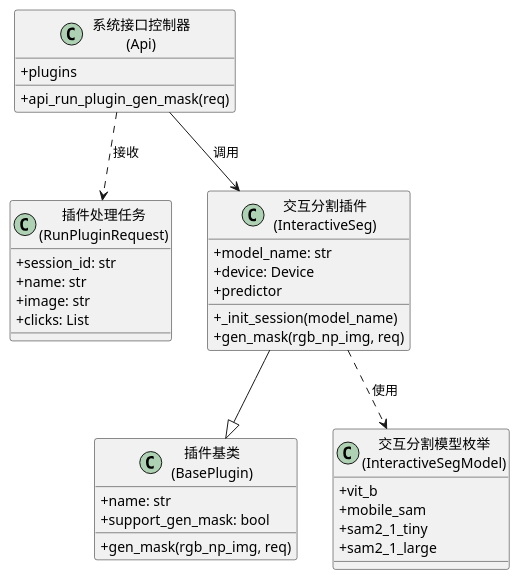
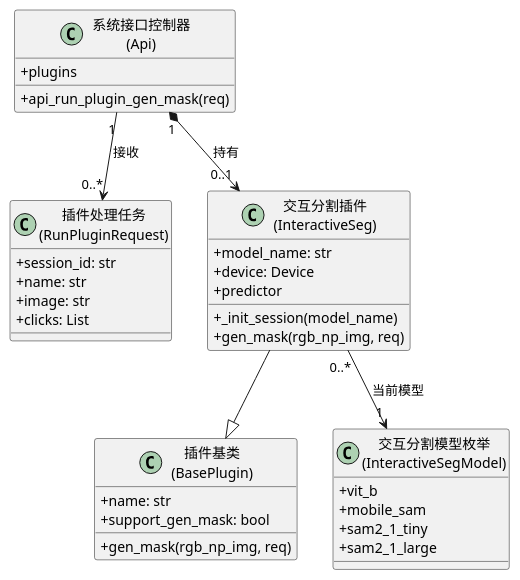
One commit to LyferLu/Artie changed diagram 18 of 26 in doc/paper.md. Above: the diagram before and after it, drawn with PlantUML. The commit also changed other lines of this file, not shown here.

````diff
--- a/doc/paper.md
+++ b/doc/paper.md
@@ -1342,43 +1343,43 @@
 ```plantuml
 @startuml
 skinparam classAttributeIconSize 0
 
 class "系统接口控制器\n(Api)" as Api {
   +plugins
   +api_run_plugin_gen_mask(req)
 }
 
 class "插件处理任务\n(RunPluginRequest)" as RunPluginRequest {
   +session_id: str
   +name: str
   +image: str
   +clicks: List
 }
 
 class "插件基类\n(BasePlugin)" as BasePlugin {
   +name: str
   +support_gen_mask: bool
   +gen_mask(rgb_np_img, req)
 }
 
 class "交互分割插件\n(InteractiveSeg)" as InteractiveSeg {
   +model_name: str
   +device: Device
   +predictor
   +_init_session(model_name)
   +gen_mask(rgb_np_img, req)
 }
 
 class "交互分割模型枚举\n(InteractiveSegModel)" as InteractiveSegModel {
   +vit_b
   +mobile_sam
   +sam2_1_tiny
   +sam2_1_large
 }
 
-Api ..> RunPluginRequest : 接收
-Api --> InteractiveSeg : 调用
+Api "1" --> "0..*" RunPluginRequest : 接收
+Api "1" *--> "0..1" InteractiveSeg : 持有
 InteractiveSeg --|> BasePlugin
-InteractiveSeg ..> InteractiveSegModel : 使用
+InteractiveSeg "0..*" --> "1" InteractiveSegModel : 当前模型
 @enduml
 ```
````
